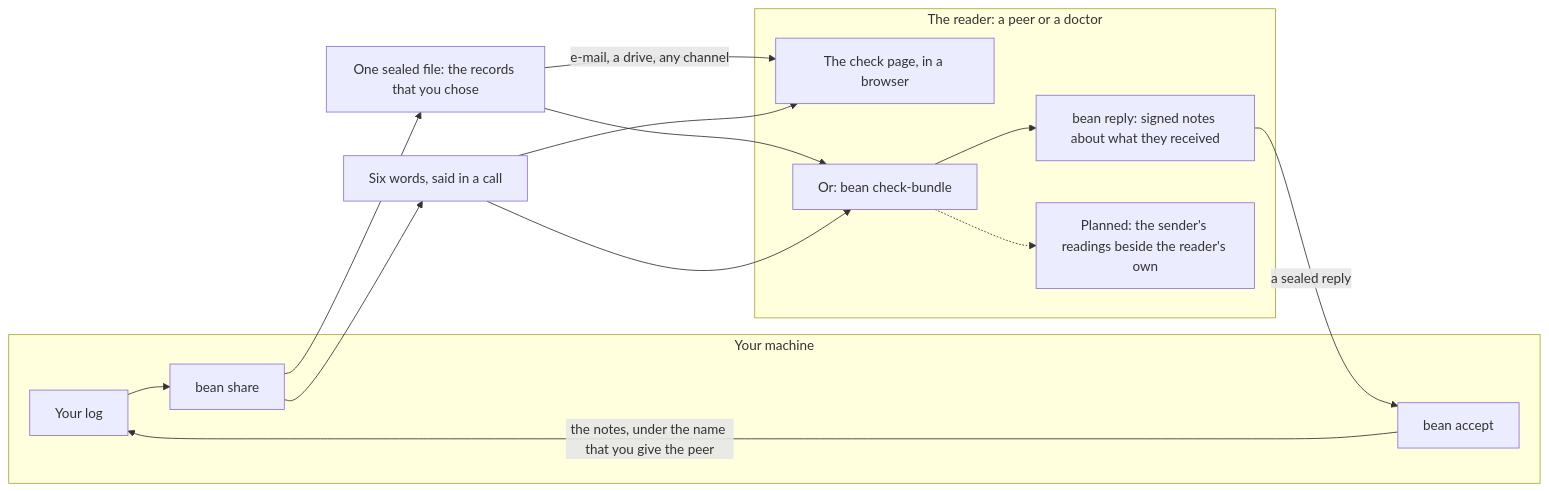
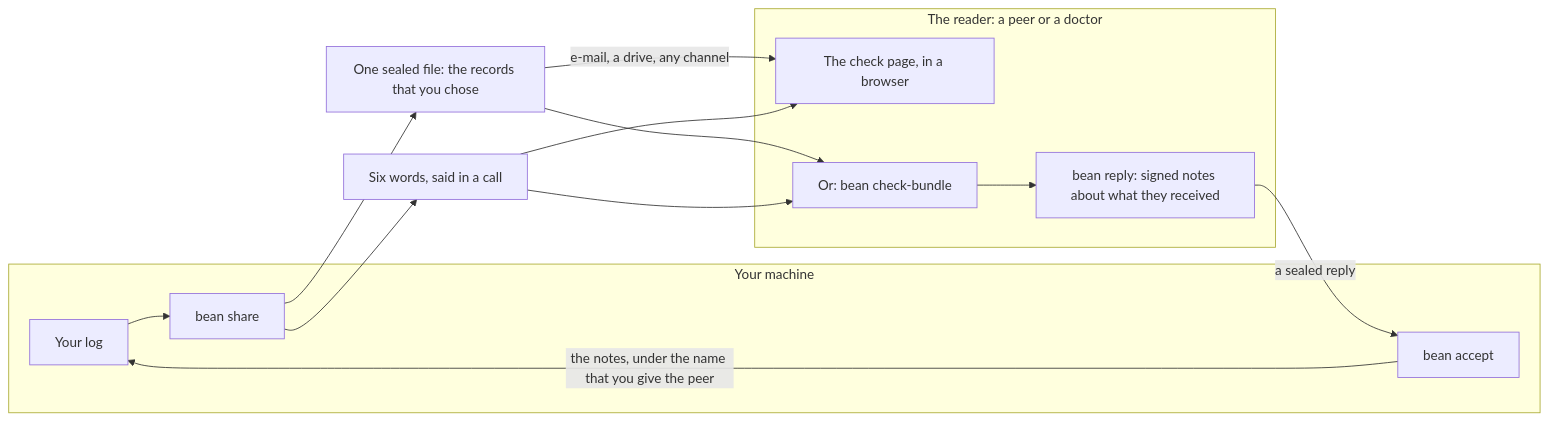
One commit to Conscious-Repository/bean changed the second of 3 diagrams in docs/ARCHITECTURE.md. Above: the diagram before and after it, drawn with Mermaid. The commit also changed other lines of this file and 7 other files, not shown here.

````diff
--- a/docs/ARCHITECTURE.md
+++ b/docs/ARCHITECTURE.md
@@ -48,27 +48,25 @@
 ```mermaid
 flowchart LR
     subgraph yours["Your machine"]
         log["Your log"]
         share["bean share"]
         accept["bean accept"]
     end
     file["One sealed file: the records that you chose"]
     words["Six words, said in a call"]
     subgraph theirs["The reader: a peer or a doctor"]
         page["The check page, in a browser"]
         check["Or: bean check-bundle"]
         reply["bean reply: signed notes about what they received"]
-        side["Planned: the sender's readings beside the reader's own"]
     end
     log --> share
     share --> file
     share --> words
     file -->|"e-mail, a drive, any channel"| page
     words --> page
     file --> check
     words --> check
     check --> reply
     reply -->|"a sealed reply"| accept
     accept -->|"the notes, under the name that you give the peer"| log
-    check -.-> side
 ```
````
